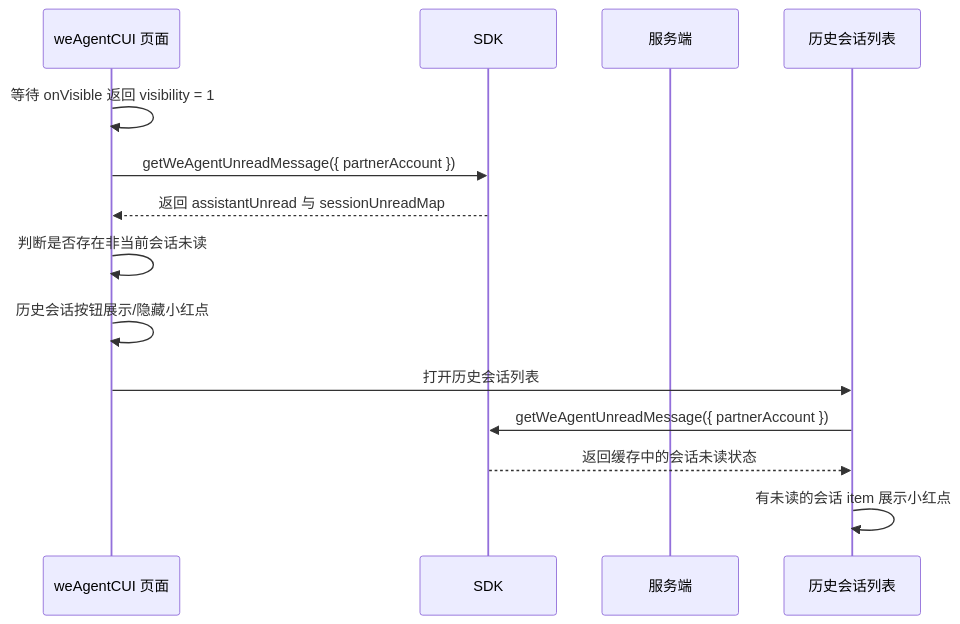
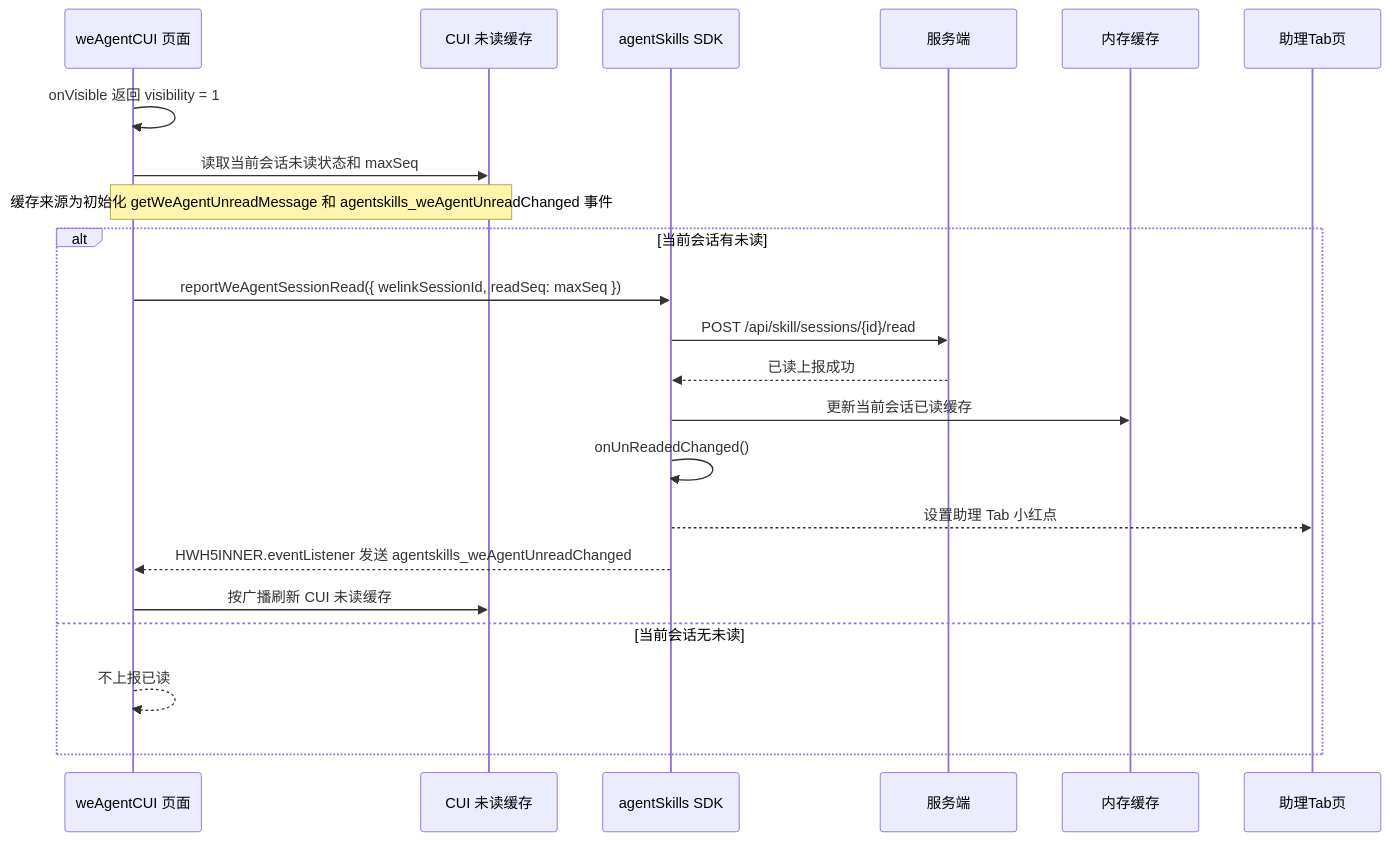
One commit to Abelsjcheng/skillSDK changed the sixth of 6 diagrams in 2026-06-11-we-agent-tab-unread-red-dot-plan.md. Above: the diagram before and after it, drawn with Mermaid. The commit also changed other lines of this file, not shown here.

````diff
--- a/2026-06-11-we-agent-tab-unread-red-dot-plan.md
+++ b/2026-06-11-we-agent-tab-unread-red-dot-plan.md
@@ -192,17 +207,25 @@
 ```mermaid
 sequenceDiagram
     participant CUI as weAgentCUI 页面
-    participant SDK as SDK
+    participant CUICache as CUI 未读缓存
+    participant SDK as agentSkills SDK
     participant Server as 服务端
-    participant List as 历史会话列表
+    participant Memory as 内存缓存
+    participant Tab as 助理Tab页
 
-    CUI->>CUI: 等待 onVisible 返回 visibility = 1
-    CUI->>SDK: getWeAgentUnreadMessage({ partnerAccount })
-    SDK-->>CUI: 返回 assistantUnread 与 sessionUnreadMap
-    CUI->>CUI: 判断是否存在非当前会话未读
-    CUI->>CUI: 历史会话按钮展示/隐藏小红点
-    CUI->>List: 打开历史会话列表
-    List->>SDK: getWeAgentUnreadMessage({ partnerAccount })
-    SDK-->>List: 返回缓存中的会话未读状态
-    List->>List: 有未读的会话 item 展示小红点
+    CUI->>CUI: onVisible 返回 visibility = 1
+    CUI->>CUICache: 读取当前会话未读状态和 maxSeq
+    Note over CUI,CUICache: 缓存来源为初始化 getWeAgentUnreadMessage 和 agentskills_weAgentUnreadChanged 事件
+    alt 当前会话有未读
+        CUI->>SDK: reportWeAgentSessionRead({ welinkSessionId, readSeq: maxSeq })
+        SDK->>Server: POST /api/skill/sessions/{id}/read
+        Server-->>SDK: 已读上报成功
+        SDK->>Memory: 更新当前会话已读缓存
+        SDK->>SDK: onUnReadedChanged()
+        SDK-->>Tab: 设置助理 Tab 小红点
+        SDK-->>CUI: HWH5INNER.eventListener 发送 agentskills_weAgentUnreadChanged
+        CUI->>CUICache: 按广播刷新 CUI 未读缓存
+    else 当前会话无未读
+        CUI-->>CUI: 不上报已读
+    end
 ```
````
